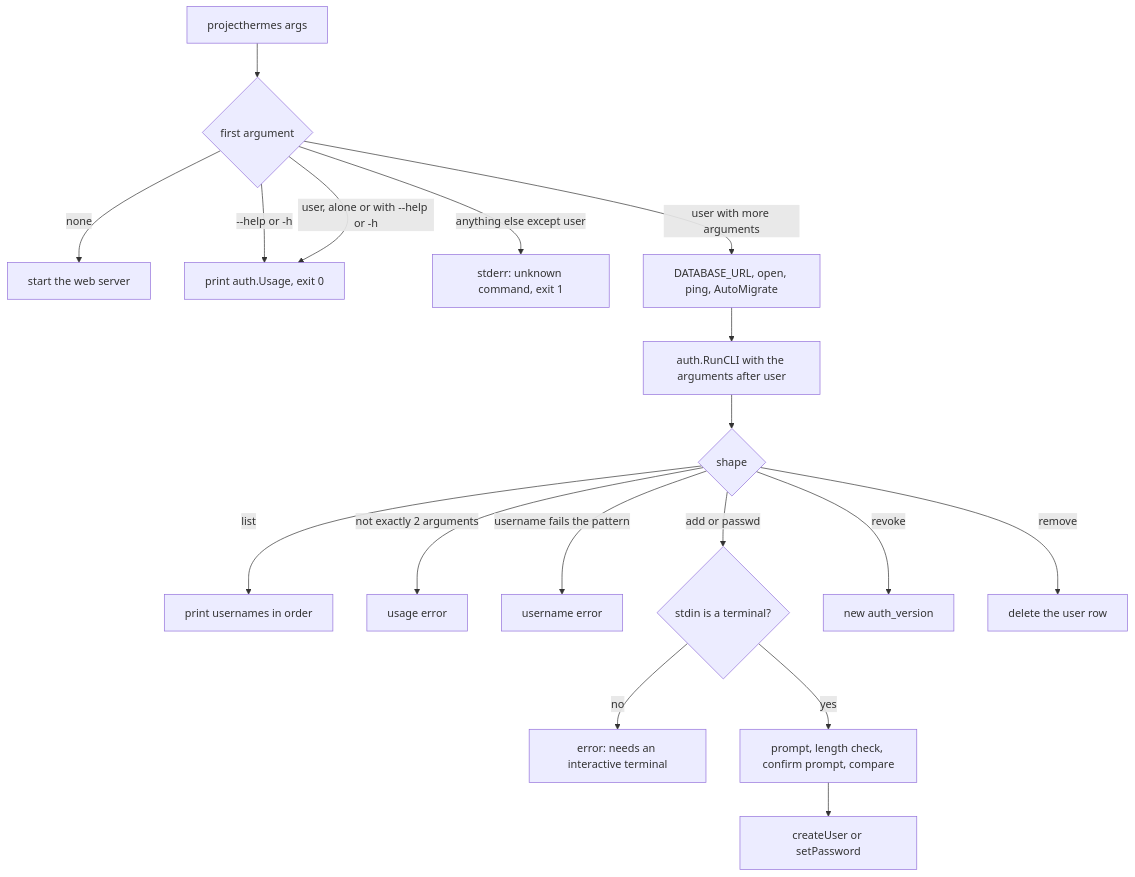
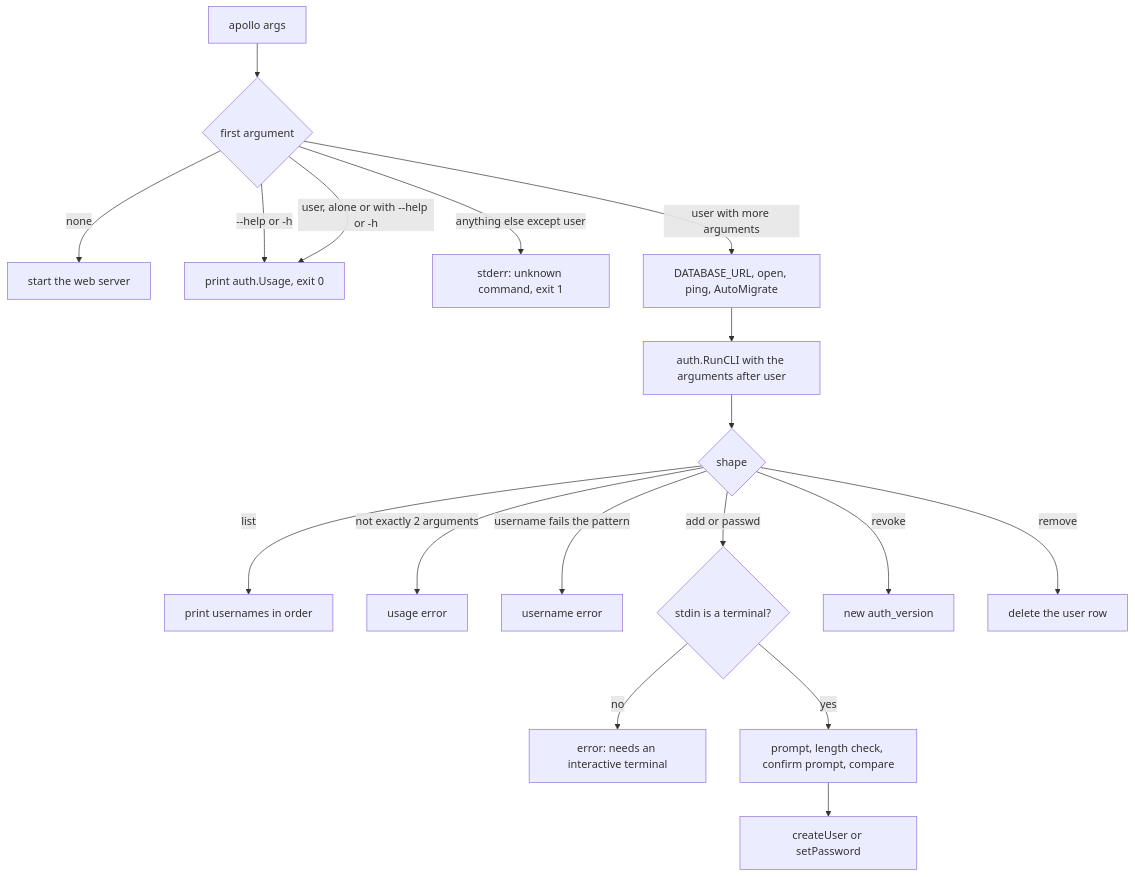
One commit to devGabriel131/ProjectHermes changed the third of 7 diagrams in docs/staff-auth.md. Above: the diagram before and after it, drawn with Mermaid. The commit also changed other lines of this file and 57 other files, not shown here.

First line of the commit message:
refactor: rename the Go module projecthermes → apollo (A5)

````diff
--- a/docs/staff-auth.md
+++ b/docs/staff-auth.md
@@ -62,20 +62,20 @@
 ```mermaid
 flowchart TD
-    A["projecthermes args"] --> B{"first argument"}
+    A["apollo args"] --> B{"first argument"}
     B -->|"none"| S["start the web server"]
     B -->|"--help or -h"| H["print auth.Usage, exit 0"]
     B -->|"user, alone or with --help or -h"| H
     B -->|"anything else except user"| U["stderr: unknown command, exit 1"]
     B -->|"user with more arguments"| D["DATABASE_URL, open, ping, AutoMigrate"]
     D --> R["auth.RunCLI with the arguments after user"]
     R --> X{"shape"}
     X -->|"list"| P["print usernames in order"]
     X -->|"not exactly 2 arguments"| E1["usage error"]
     X -->|"username fails the pattern"| E2["username error"]
     X -->|"add or passwd"| T{"stdin is a terminal?"}
     T -->|"no"| E3["error: needs an interactive terminal"]
     T -->|"yes"| W["prompt, length check, confirm prompt, compare"]
     W --> C["createUser or setPassword"]
     X -->|"revoke"| V["new auth_version"]
     X -->|"remove"| M["delete the user row"]
 ```
````
